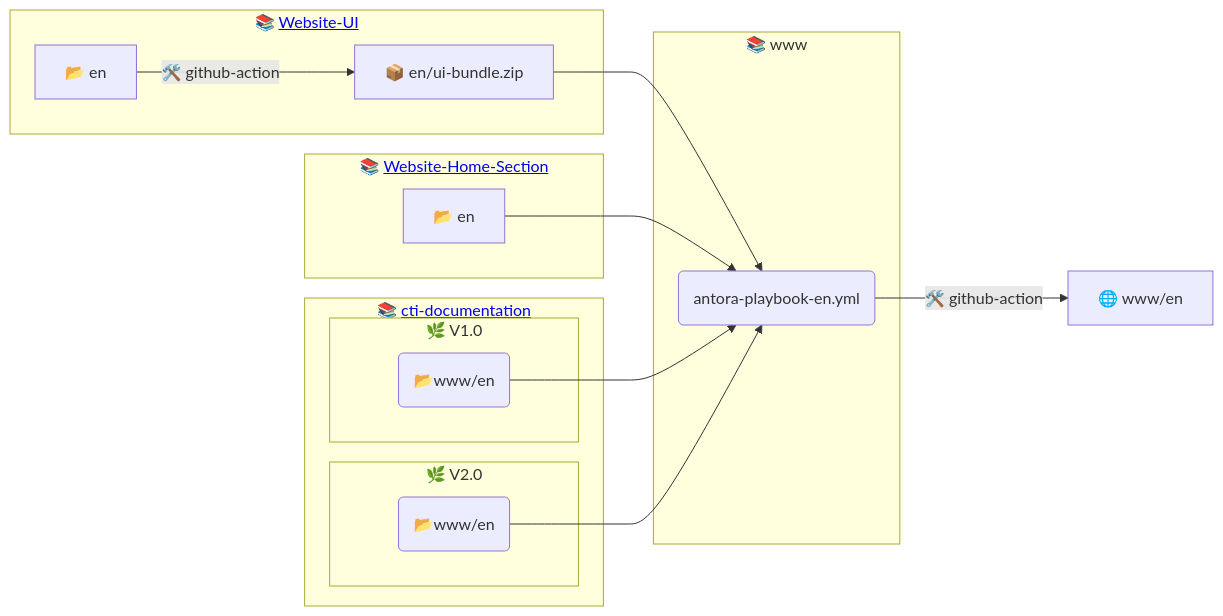
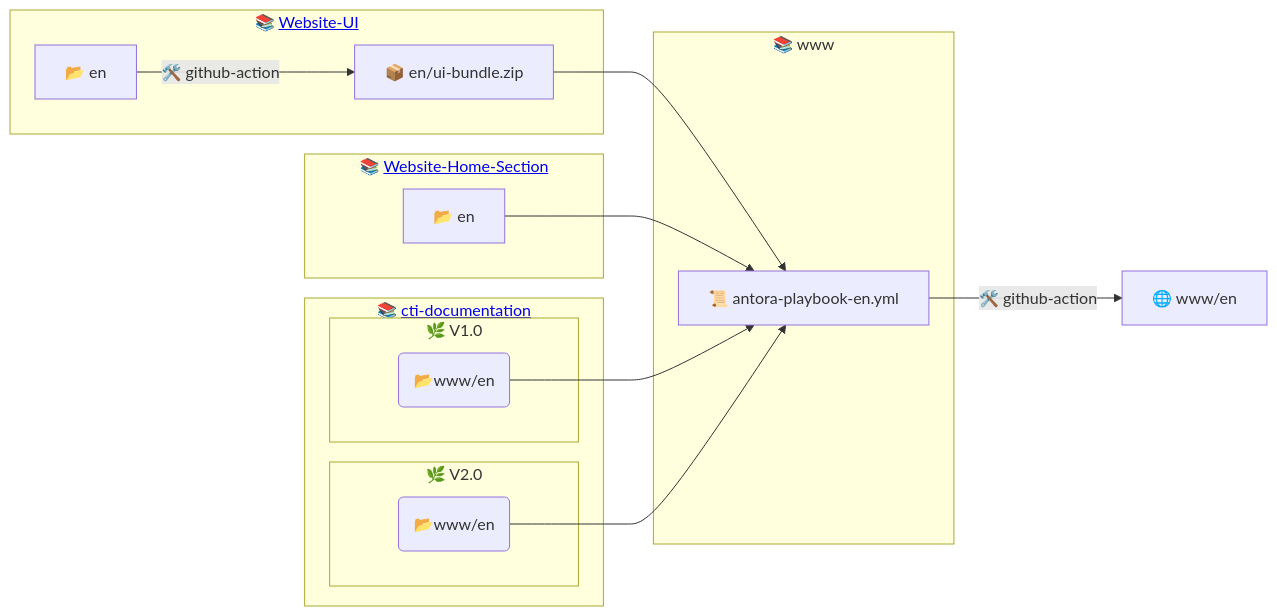
Before and after one commit to j-medland/www: the diagram in README.md, drawn with Mermaid. The commit also changed other lines of this file, not shown here.

Commit message:
Added more emoji

````diff
--- a/README.md
+++ b/README.md
@@ -15,23 +15,23 @@
 ```mermaid
 flowchart LR
     subgraph www["📚 www"]
-        en-antora-playbook(antora-playbook-en.yml)
+        en-antora-playbook["📜 antora-playbook-en.yml"]
     end
     subgraph website-ui["📚 <a href='https://github.com/LabVIEWCommunityTraining/website-ui'>Website-UI</a>"]
         en-ui["📂 en"]-->|🛠️ github-action|en-ui-bundle
         en-ui-bundle["📦 en/ui-bundle.zip"]-->en-antora-playbook
     end
     subgraph website-home["📚 <a href='https://github.com/LabVIEWCommunityTraining/website-home-section'>Website-Home-Section</a>"]
         en-hs["📂 en"]-->en-antora-playbook
     end
     subgraph cti-docs["📚 <a href='https://github.com/LabVIEWCommunityTraining/cti-documentation'>cti-documentation</a>"]
         subgraph v1["🌿 V1.0"]
             en-conv1(📂www/en)-->en-antora-playbook
         end
         subgraph v2["🌿 V2.0"]
             en-conv2(📂www/en)-->en-antora-playbook
         end
     end
     en-output["🌐 www/en"]
     en-antora-playbook-->|🛠️ github-action|en-output
 ```
````
